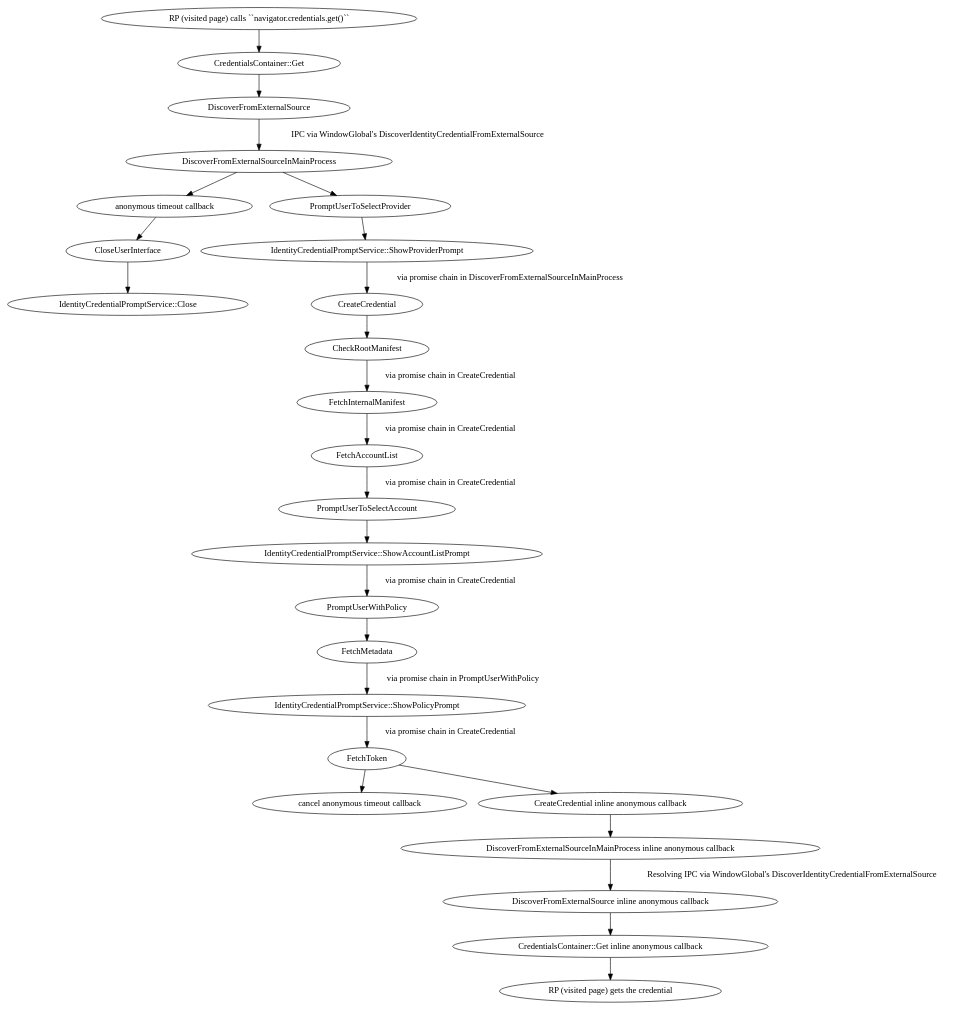
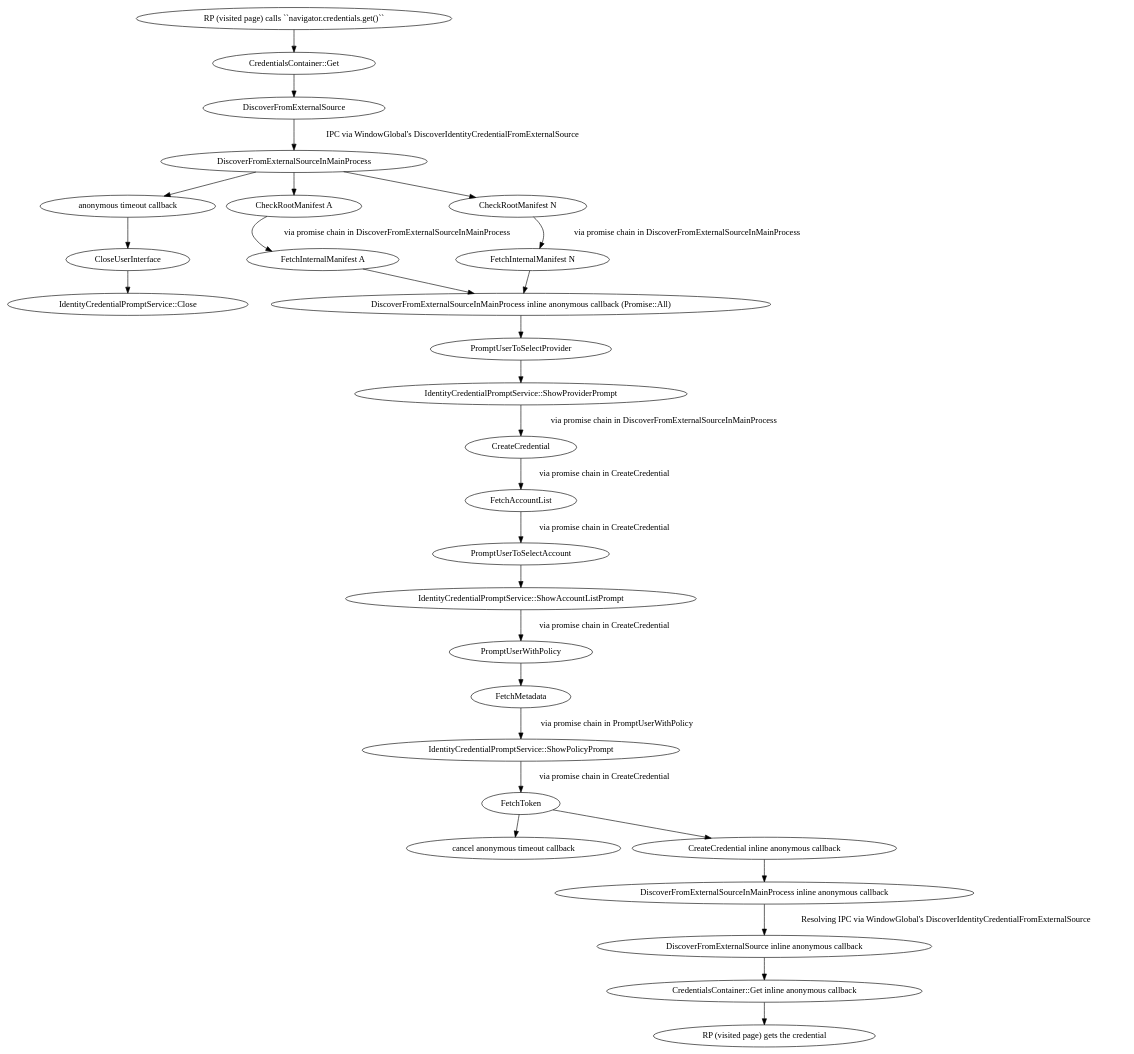
One commit to Floorp-Projects/Floorp changed the diagram in dom/docs/fedcm.rst. Above: the diagram before and after it, drawn with Graphviz. The commit also changed 5 other files, not shown here.

First line of the commit message:
Bug 1804728, part 1 - Fetch all identity provider manifests before showing the identity provider chooser, r=timhuang,emilio

```diff
--- a/dom/docs/fedcm.rst
+++ b/dom/docs/fedcm.rst
@@ -38,26 +38,30 @@
 .. graphviz::
 
   digraph fedcm {
     "RP (visited page) calls ``navigator.credentials.get()``" -> "CredentialsContainer::Get"
     "CredentialsContainer::Get" -> "DiscoverFromExternalSource"
     "DiscoverFromExternalSource" -> "DiscoverFromExternalSourceInMainProcess" [label="IPC via WindowGlobal's DiscoverIdentityCredentialFromExternalSource"]
     "DiscoverFromExternalSourceInMainProcess" -> "anonymous timeout callback" -> "CloseUserInterface" -> "IdentityCredentialPromptService::Close"
-    "DiscoverFromExternalSourceInMainProcess" -> "PromptUserToSelectProvider"
+    "DiscoverFromExternalSourceInMainProcess" -> "CheckRootManifest A"
+    "CheckRootManifest A" -> "FetchInternalManifest A" [label="via promise chain in DiscoverFromExternalSourceInMainProcess"]
+    "FetchInternalManifest A" -> "DiscoverFromExternalSourceInMainProcess inline anonymous callback (Promise::All)"
+    "DiscoverFromExternalSourceInMainProcess" -> "CheckRootManifest N"
+    "CheckRootManifest N" -> "FetchInternalManifest N" [label="via promise chain in DiscoverFromExternalSourceInMainProcess"]
+    "FetchInternalManifest N" -> "DiscoverFromExternalSourceInMainProcess inline anonymous callback (Promise::All)"
+    "DiscoverFromExternalSourceInMainProcess inline anonymous callback (Promise::All)" -> "PromptUserToSelectProvider"
     "PromptUserToSelectProvider" -> "IdentityCredentialPromptService::ShowProviderPrompt"
     "IdentityCredentialPromptService::ShowProviderPrompt" -> "CreateCredential" [label="via promise chain in DiscoverFromExternalSourceInMainProcess"]
-    "CreateCredential" -> "CheckRootManifest"
-    "CheckRootManifest" -> "FetchInternalManifest" [label="via promise chain in CreateCredential"]
-    "FetchInternalManifest" -> "FetchAccountList" [label="via promise chain in CreateCredential"]
+    "CreateCredential" -> "FetchAccountList" [label="via promise chain in CreateCredential"]
     "FetchAccountList" -> "PromptUserToSelectAccount" [label="via promise chain in CreateCredential"]
     "PromptUserToSelectAccount" -> "IdentityCredentialPromptService::ShowAccountListPrompt"
     "IdentityCredentialPromptService::ShowAccountListPrompt" -> "PromptUserWithPolicy" [label="via promise chain in CreateCredential"]
     "PromptUserWithPolicy" -> "FetchMetadata"
     "FetchMetadata" -> "IdentityCredentialPromptService::ShowPolicyPrompt" [label="via promise chain in PromptUserWithPolicy"]
     "IdentityCredentialPromptService::ShowPolicyPrompt" -> "FetchToken" [label="via promise chain in CreateCredential"]
     "FetchToken" -> "cancel anonymous timeout callback"
     "FetchToken" -> "CreateCredential inline anonymous callback"
     "CreateCredential inline anonymous callback" -> "DiscoverFromExternalSourceInMainProcess inline anonymous callback"
     "DiscoverFromExternalSourceInMainProcess inline anonymous callback" -> "DiscoverFromExternalSource inline anonymous callback" [label="Resolving IPC via WindowGlobal's DiscoverIdentityCredentialFromExternalSource"]
     "DiscoverFromExternalSource inline anonymous callback" -> "CredentialsContainer::Get inline anonymous callback"
     "CredentialsContainer::Get inline anonymous callback" -> "RP (visited page) gets the credential"
   }
```
